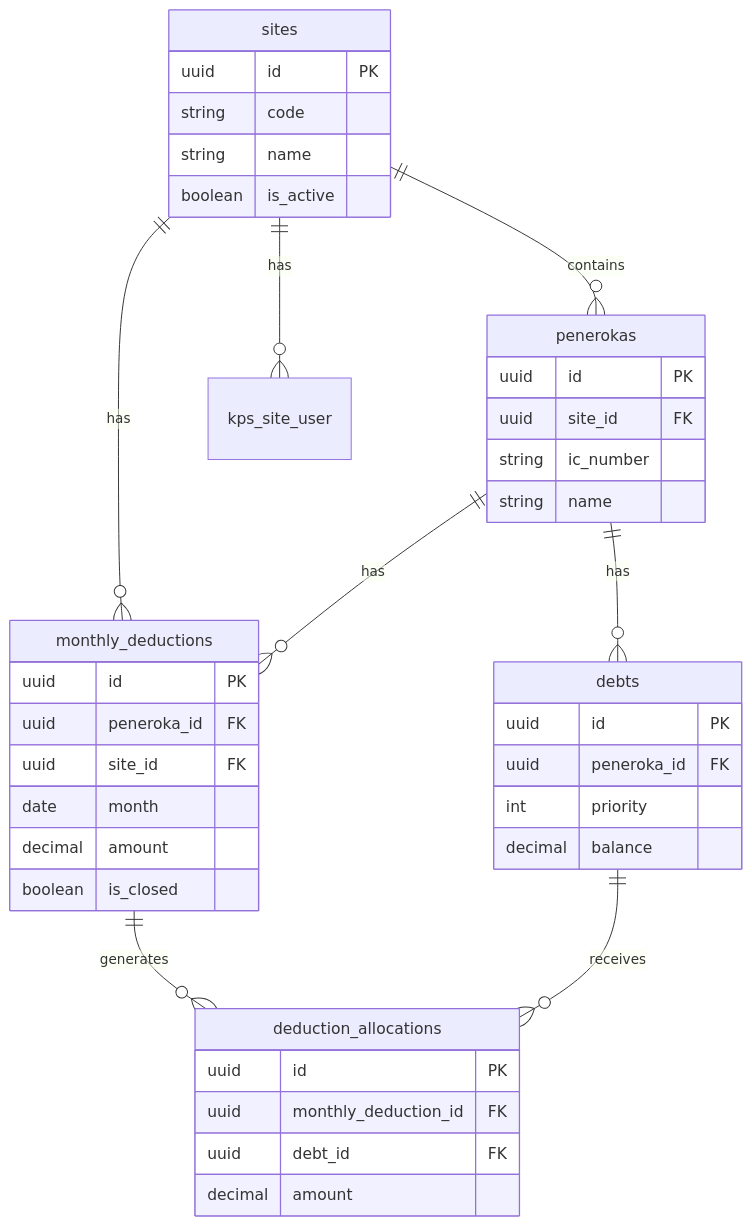
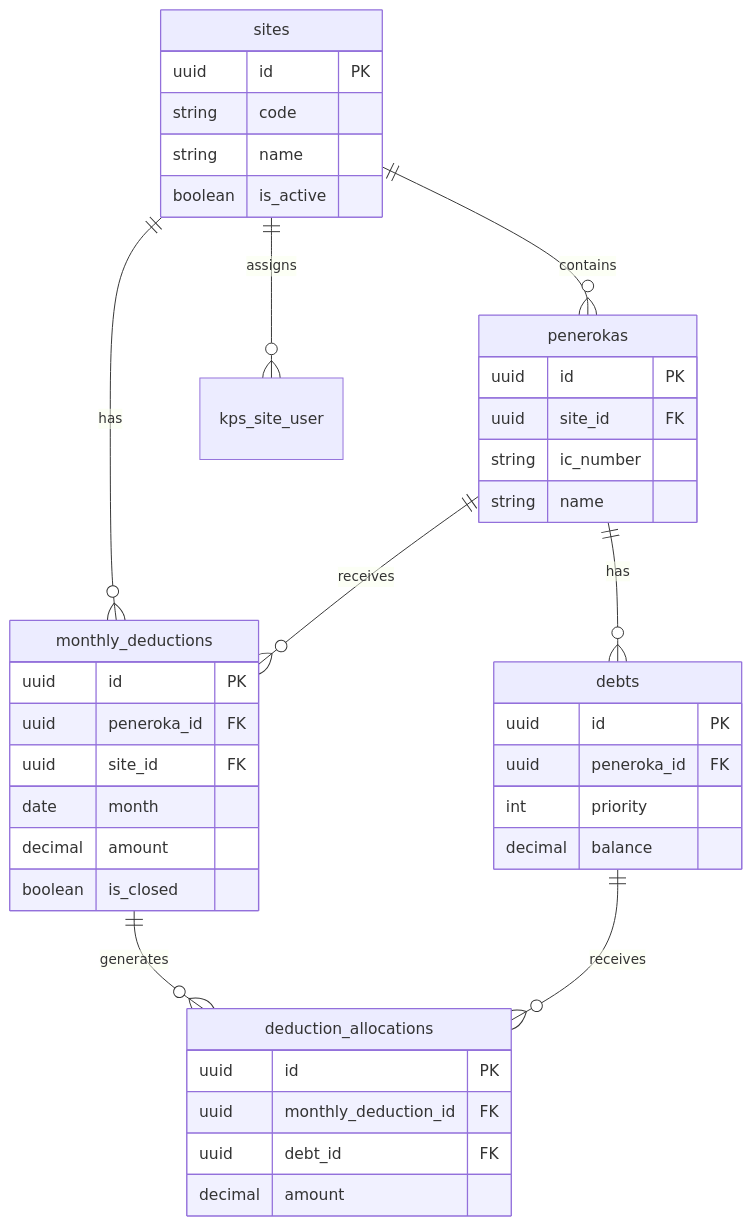
The diagram in docs/00-control-center/03-system-map.md (idiey/kps), drawn with Mermaid before and after one commit. The commit also changed other lines of this file and 335 other files, not shown here.

````diff
--- a/docs/00-control-center/03-system-map.md
+++ b/docs/00-control-center/03-system-map.md
@@ -94,47 +81,47 @@
 ```mermaid
 erDiagram
     sites ||--o{ penerokas : contains
     sites ||--o{ monthly_deductions : has
-    sites ||--o{ kps_site_user : has
+    sites ||--o{ kps_site_user : assigns
     penerokas ||--o{ debts : has
-    penerokas ||--o{ monthly_deductions : has
+    penerokas ||--o{ monthly_deductions : receives
     monthly_deductions ||--o{ deduction_allocations : generates
     debts ||--o{ deduction_allocations : receives
-    
+
     sites {
         uuid id PK
         string code
         string name
         boolean is_active
     }
-    
+
     penerokas {
         uuid id PK
         uuid site_id FK
         string ic_number
         string name
     }
-    
+
     debts {
         uuid id PK
         uuid peneroka_id FK
         int priority
         decimal balance
     }
-    
+
     monthly_deductions {
         uuid id PK
         uuid peneroka_id FK
         uuid site_id FK
         date month
         decimal amount
         boolean is_closed
     }
-    
+
     deduction_allocations {
         uuid id PK
         uuid monthly_deduction_id FK
         uuid debt_id FK
         decimal amount
     }
 ```
````
